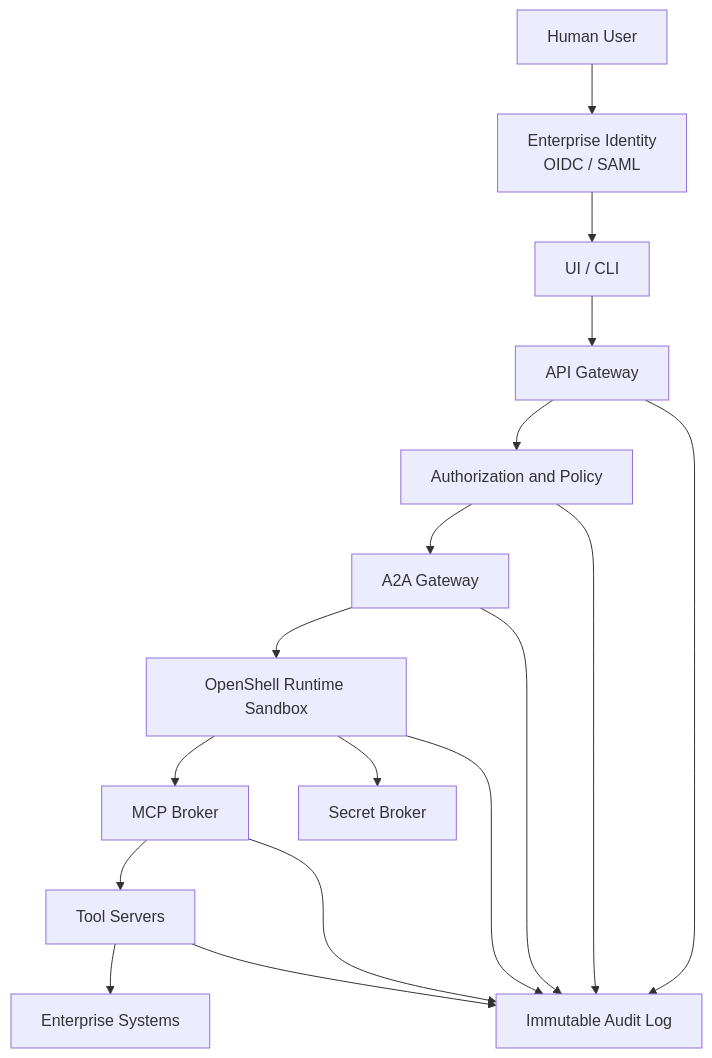
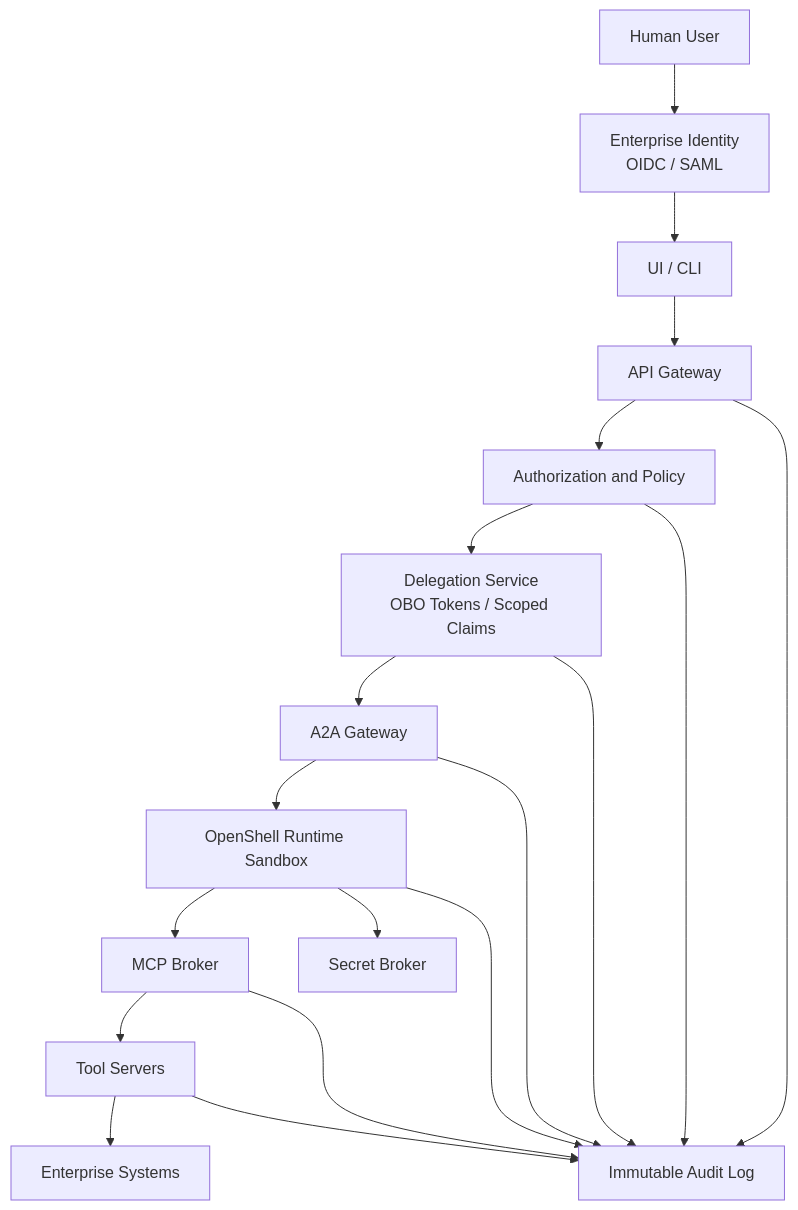
One commit to ColtMercer/the-agentic-network-platform changed the tenth of 12 diagrams in README.md. Above: the diagram before and after it, drawn with Mermaid. The commit also changed other lines of this file and 2 other files, not shown here.

````diff
--- a/README.md
+++ b/README.md
@@ -369,30 +618,33 @@
 ```mermaid
 flowchart TB
     human[Human User]
     idp[Enterprise Identity<br/>OIDC / SAML]
     ui[UI / CLI]
     gateway[API Gateway]
     authz[Authorization and Policy]
+    delegation[Delegation Service<br/>OBO Tokens / Scoped Claims]
     a2a[A2A Gateway]
     sandbox[OpenShell Runtime Sandbox]
     mcp[MCP Broker]
     secrets[Secret Broker]
     tools[Tool Servers]
     targets[Enterprise Systems]
     audit[Immutable Audit Log]
 
     human --> idp --> ui --> gateway
     gateway --> authz
-    authz --> a2a
+    authz --> delegation
+    delegation --> a2a
     a2a --> sandbox
     sandbox --> mcp
     mcp --> tools
     tools --> targets
     sandbox --> secrets
     gateway --> audit
     authz --> audit
+    delegation --> audit
     a2a --> audit
     sandbox --> audit
     mcp --> audit
     tools --> audit
 ```
````
